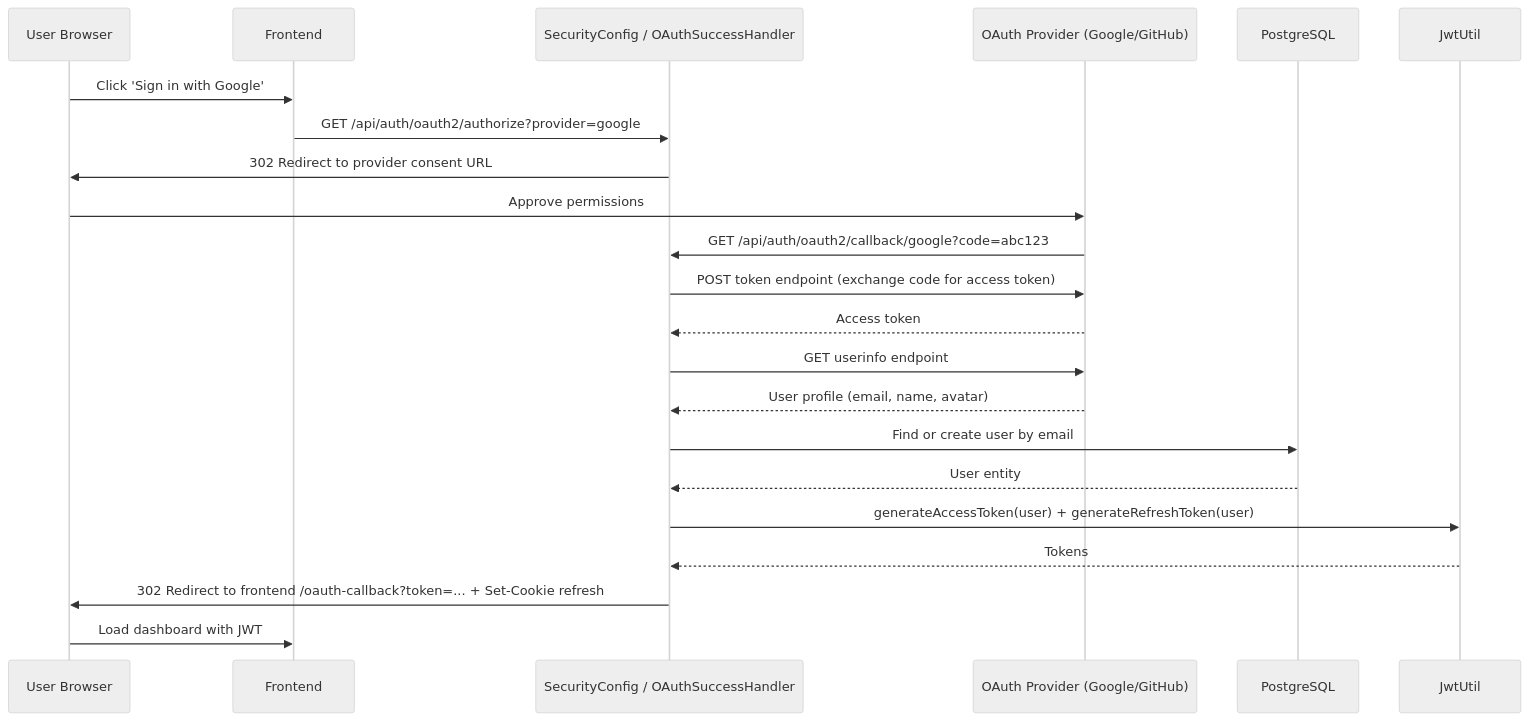
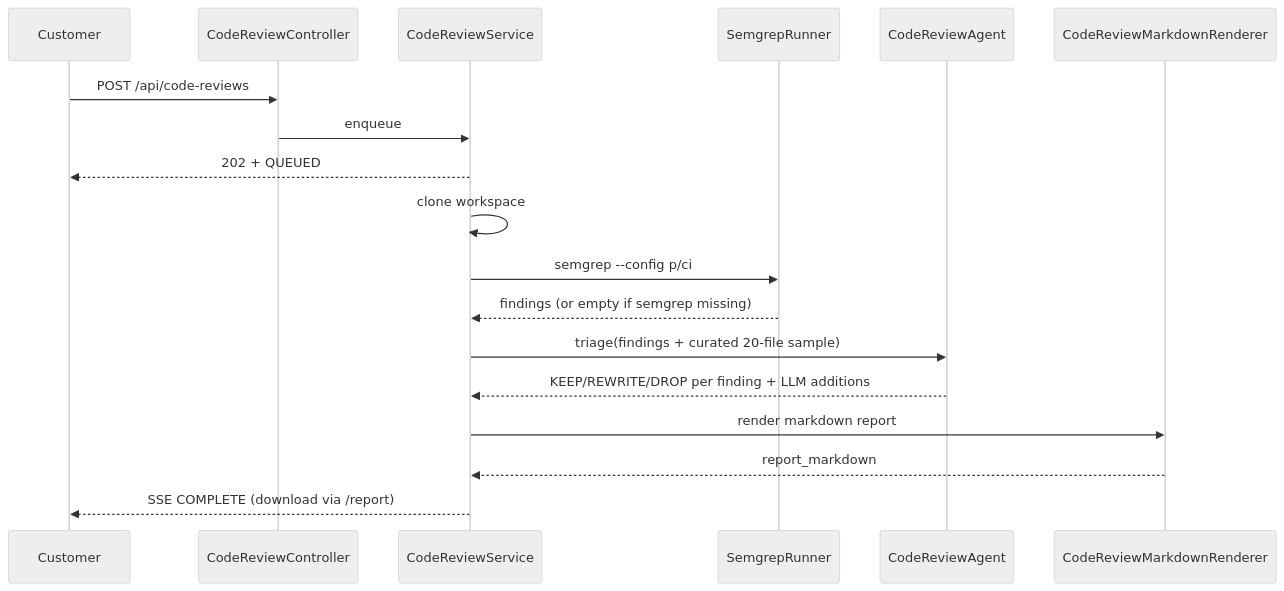
One commit to navneetprabhakar/executespec changed diagram 11 of 17 in docs/WORKFLOWS.md. Above: the diagram before and after it, drawn with Mermaid (neutral theme). The commit also changed other lines of this file and 40 other files, not shown here.

````diff
--- a/docs/WORKFLOWS.md
+++ b/docs/WORKFLOWS.md
@@ -347,25 +276,20 @@
 ```mermaid
 sequenceDiagram
-    participant U as User Browser
-    participant FE as Frontend
-    participant BE as SecurityConfig / OAuthSuccessHandler
-    participant P as OAuth Provider (Google/GitHub)
-    participant DB as PostgreSQL
-    participant JWT as JwtUtil
-
-    U->>FE: Click 'Sign in with Google'
-    FE->>BE: GET /api/auth/oauth2/authorize?provider=google
-    BE->>U: 302 Redirect to provider consent URL
-    U->>P: Approve permissions
-    P->>BE: GET /api/auth/oauth2/callback/google?code=abc123
-    BE->>P: POST token endpoint (exchange code for access token)
-    P-->>BE: Access token
-    BE->>P: GET userinfo endpoint
-    P-->>BE: User profile (email, name, avatar)
-    BE->>DB: Find or create user by email
-    DB-->>BE: User entity
-    BE->>JWT: generateAccessToken(user) + generateRefreshToken(user)
-    JWT-->>BE: Tokens
-    BE->>U: 302 Redirect to frontend /oauth-callback?token=... + Set-Cookie refresh
-    U->>FE: Load dashboard with JWT
+  participant U as Customer
+  participant CRC as CodeReviewController
+  participant CRS as CodeReviewService
+  participant SG as SemgrepRunner
+  participant CRA as CodeReviewAgent
+  participant MD as CodeReviewMarkdownRenderer
+  U->>CRC: POST /api/code-reviews
+  CRC->>CRS: enqueue
+  CRS-->>U: 202 + QUEUED
+  CRS->>CRS: clone workspace
+  CRS->>SG: semgrep --config p/ci
+  SG-->>CRS: findings (or empty if semgrep missing)
+  CRS->>CRA: triage(findings + curated 20-file sample)
+  CRA-->>CRS: KEEP/REWRITE/DROP per finding + LLM additions
+  CRS->>MD: render markdown report
+  MD-->>CRS: report_markdown
+  CRS-->>U: SSE COMPLETE (download via /report)
 ```
````
